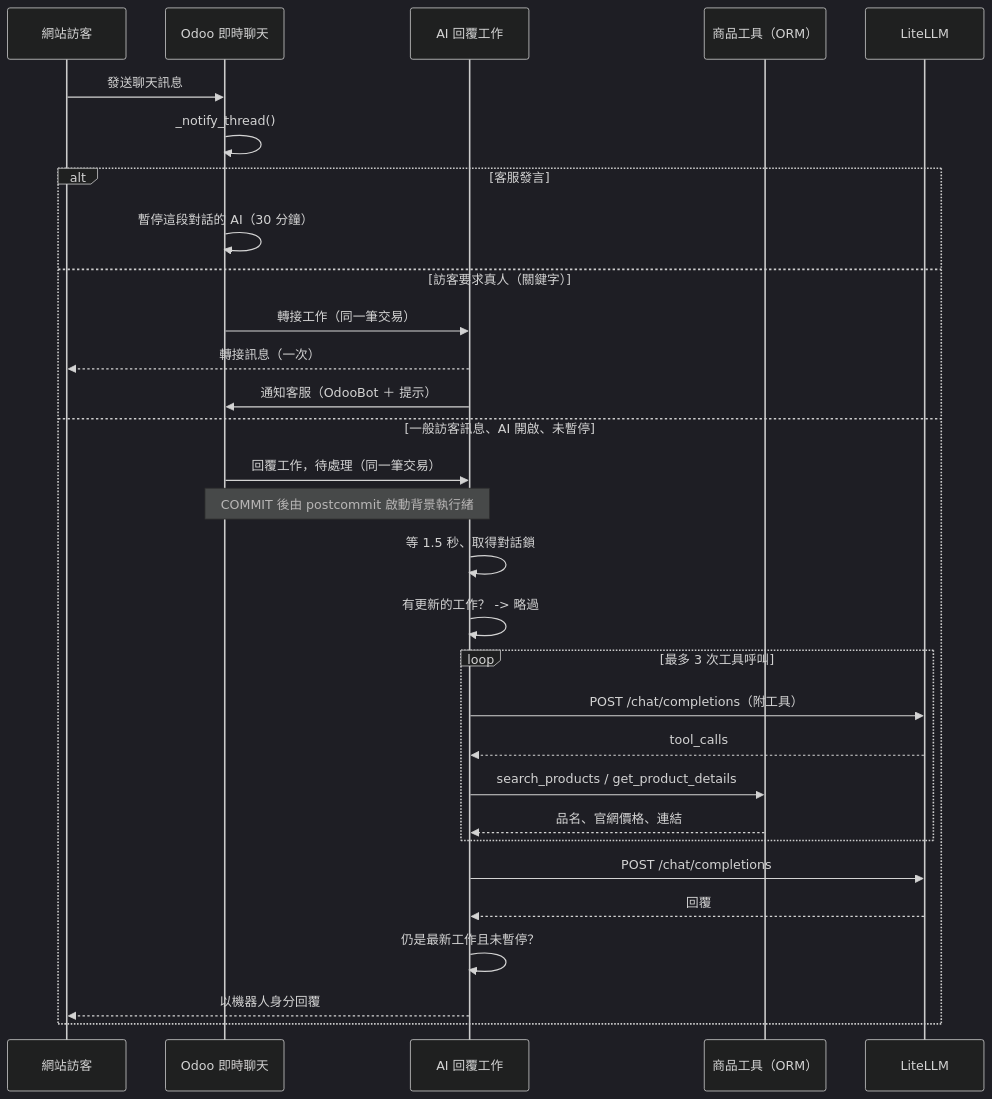
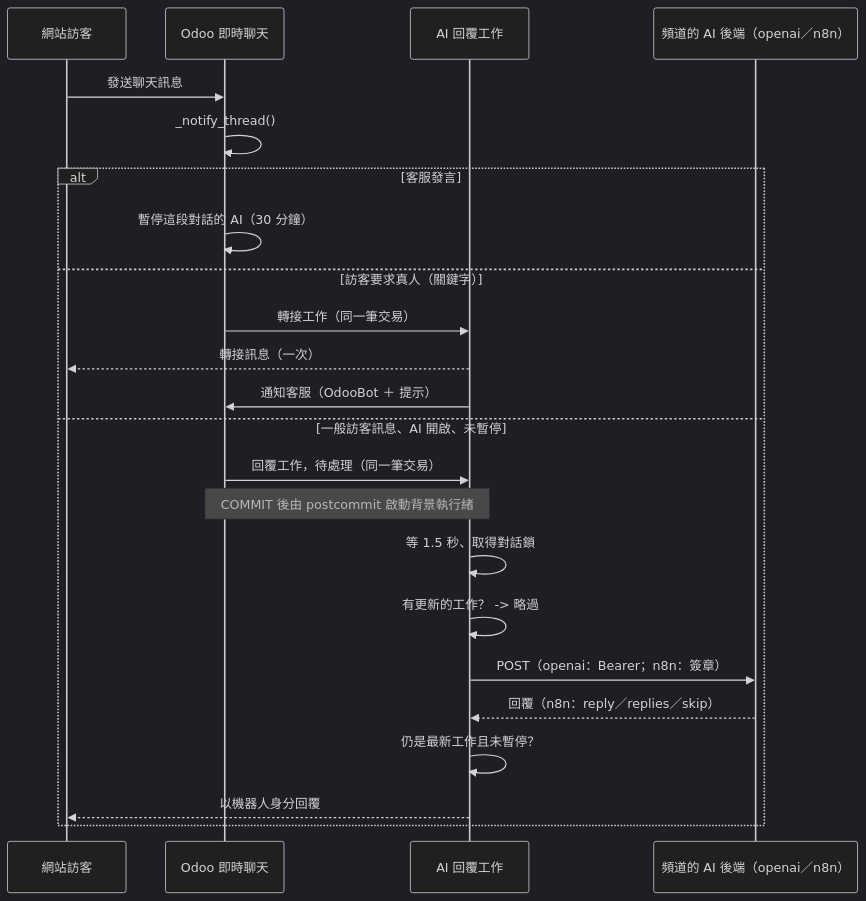
One commit to WOOWTECH/Woow_odoo_ai_livechat changed the first of 2 diagrams in README_zh-TW.md. Above: the diagram before and after it, drawn with Mermaid (dark theme). The commit also changed other lines of this file and 3 other files, not shown here.

Commit message:
docs: describe the 18.0.1.2.0 per-channel backends (LiteLLM, Hermes, n8n with a minimal workflow and Chat Trigger notes) and the upgrade

````diff
--- a/README_zh-TW.md
+++ b/README_zh-TW.md
@@ -145,33 +170,26 @@
 ```mermaid
 sequenceDiagram
     participant V as 網站訪客
     participant O as Odoo 即時聊天
     participant J as AI 回覆工作
-    participant T as 商品工具（ORM）
-    participant L as LiteLLM
+    participant L as 頻道的 AI 後端（openai／n8n）
 
     V->>O: 發送聊天訊息
     O->>O: _notify_thread()
     alt 客服發言
         O->>O: 暫停這段對話的 AI（30 分鐘）
     else 訪客要求真人（關鍵字）
         O->>J: 轉接工作（同一筆交易）
         J-->>V: 轉接訊息（一次）
         J->>O: 通知客服（OdooBot ＋ 提示）
     else 一般訪客訊息、AI 開啟、未暫停
         O->>J: 回覆工作，待處理（同一筆交易）
         Note over O,J: COMMIT 後由 postcommit 啟動背景執行緒
         J->>J: 等 1.5 秒、取得對話鎖
         J->>J: 有更新的工作？ -> 略過
-        loop 最多 3 次工具呼叫
-            J->>L: POST /chat/completions（附工具）
-            L-->>J: tool_calls
-            J->>T: search_products / get_product_details
-            T-->>J: 品名、官網價格、連結
-        end
-        J->>L: POST /chat/completions
-        L-->>J: 回覆
+        J->>L: POST（openai：Bearer；n8n：簽章）
+        L-->>J: 回覆（n8n：reply／replies／skip）
         J->>J: 仍是最新工作且未暫停？
         J-->>V: 以機器人身分回覆
     end
 ```
````
